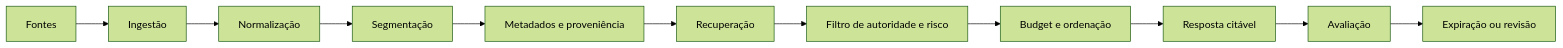
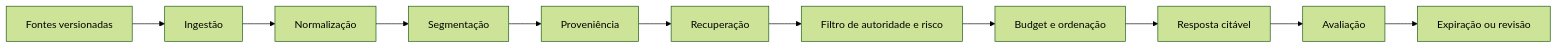
Before and after one commit to matheusflorindo32/nexus-agent-engineering-academy: the diagram in course/modules/02-context-engineering/README.md, drawn with Mermaid (forest theme). The commit also changed other lines of this file, not shown here.

````diff
--- a/course/modules/02-context-engineering/README.md
+++ b/course/modules/02-context-engineering/README.md
@@ -53,13 +121,13 @@
 ```mermaid
 flowchart LR
-    S[Fontes] --> I[Ingestão]
+    S[Fontes versionadas] --> I[Ingestão]
     I --> N[Normalização]
     N --> C[Segmentação]
-    C --> M[Metadados e proveniência]
-    M --> R[Recuperação]
+    C --> P[Proveniência]
+    P --> R[Recuperação]
     R --> F[Filtro de autoridade e risco]
     F --> B[Budget e ordenação]
     B --> A[Resposta citável]
     A --> E[Avaliação]
     E --> X[Expiração ou revisão]
 ```
````
